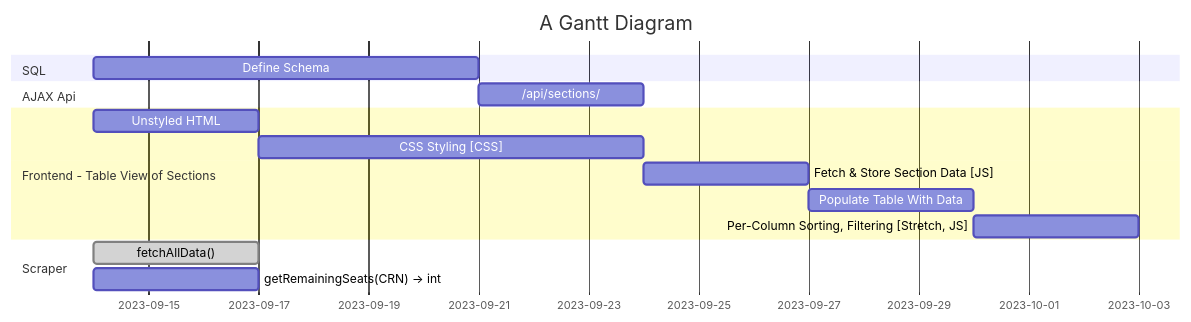
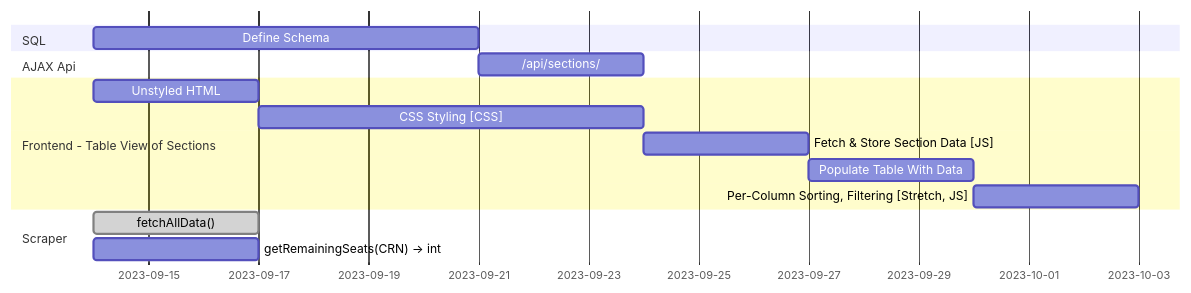
The second of 2 diagrams in docs/assignments/2 - Proposal Presentation/presentation.md (anabelle2001/class-registration-assistant), drawn with Mermaid before and after one commit. The commit also changed other lines of this file, not shown here.

Commit message:
update timeline slide

````diff
--- a/docs/assignments/2 - Proposal Presentation/presentation.md
+++ b/docs/assignments/2 - Proposal Presentation/presentation.md
@@ -117,28 +113,24 @@
 ```mermaid
 gantt
-    title A Gantt Diagram
     dateFormat  YYYY-MM-DD
 
     section SQL
     Define Schema: SQLSchema, 2023-09-14, 7d
 
     section AJAX Api
     /api/sections/: sectionsApi, after SQLSchema, 3d
 
     section Frontend - Table View of Sections
     Unstyled HTML: baseHTML, 2023-09-14, 3d
     CSS Styling [CSS]: CSS, after baseHTML, 7d
     
     Fetch & Store Section Data [JS]: fetchAndStore, after baseHTML sectionsApi, 3d
     Populate Table With Data: populate, after fetchAndStore, 3d
     Per-Column Sorting, Filtering [Stretch, JS]: sortAndFilter, after populate, 3d
 
     section Scraper
     fetchAllData():done, 2023-09-14, 3d
     getRemainingSeats(CRN) -> int: 2023-09-14, 3d
 
-    
-
-
     section Architecture Decisions
 ```
````
